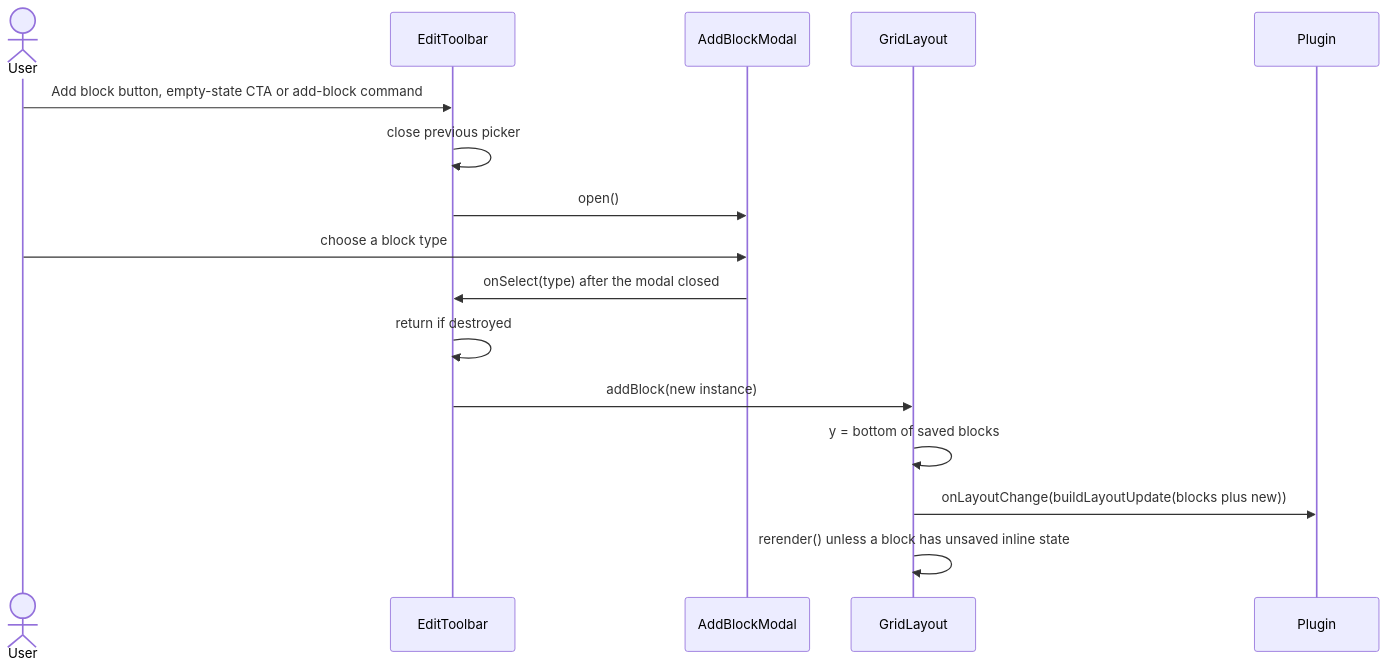
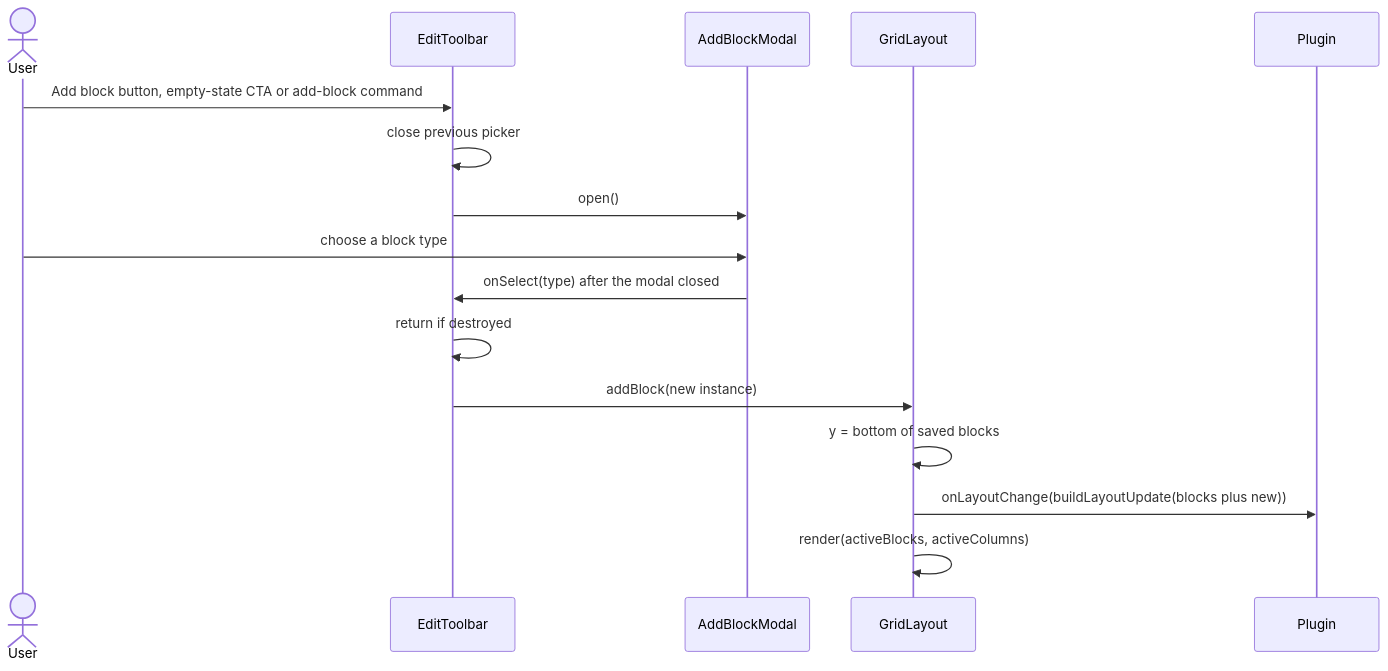
Before and after one commit to acaprino/obsidian-plugin-homepage: the eighth of 15 diagrams in docs/flows.md, drawn with Mermaid. The commit also changed other lines of this file and 10 other files, not shown here.

````diff
--- a/docs/flows.md
+++ b/docs/flows.md
@@ -467,18 +488,18 @@
 ```mermaid
 sequenceDiagram
   actor U as User
   participant T as EditToolbar
   participant M as AddBlockModal
   participant G as GridLayout
   participant P as Plugin
   U->>T: Add block button, empty-state CTA or add-block command
   T->>T: close previous picker
   T->>M: open()
   U->>M: choose a block type
   M->>T: onSelect(type) after the modal closed
   T->>T: return if destroyed
   T->>G: addBlock(new instance)
   G->>G: y = bottom of saved blocks
   G->>P: onLayoutChange(buildLayoutUpdate(blocks plus new))
-  G->>G: rerender() unless a block has unsaved inline state
+  G->>G: render(activeBlocks, activeColumns)
 ```
````
